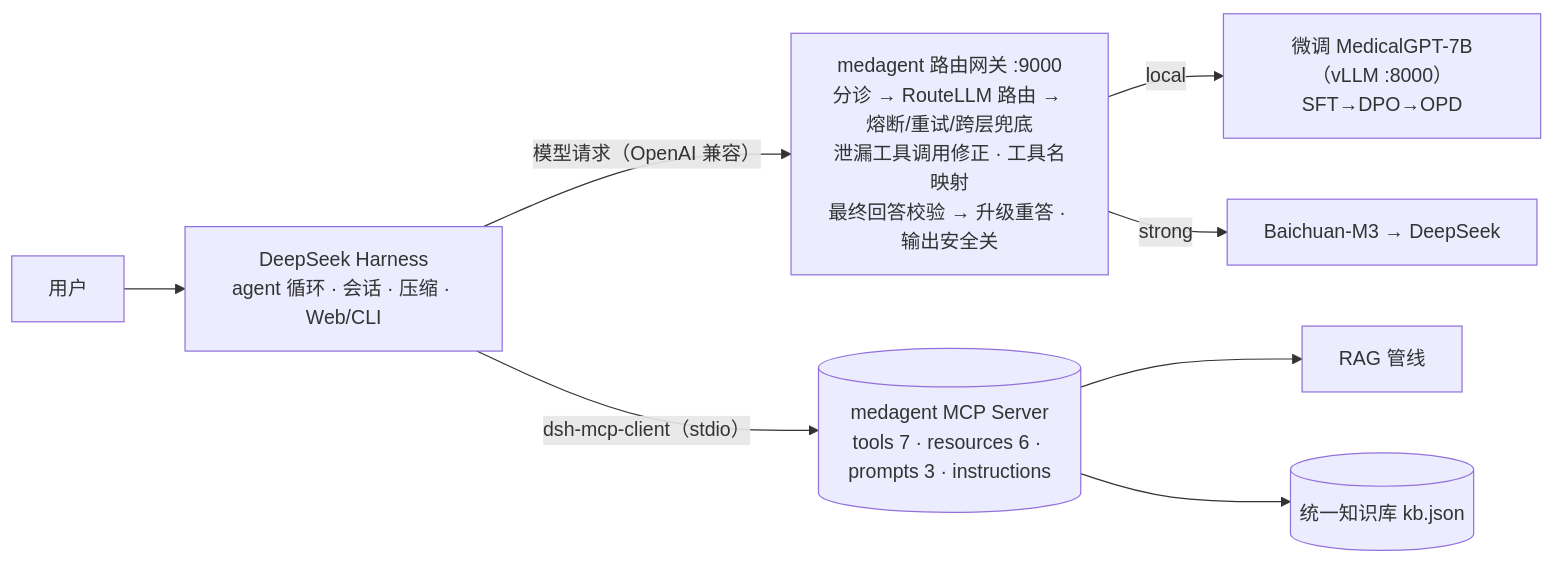
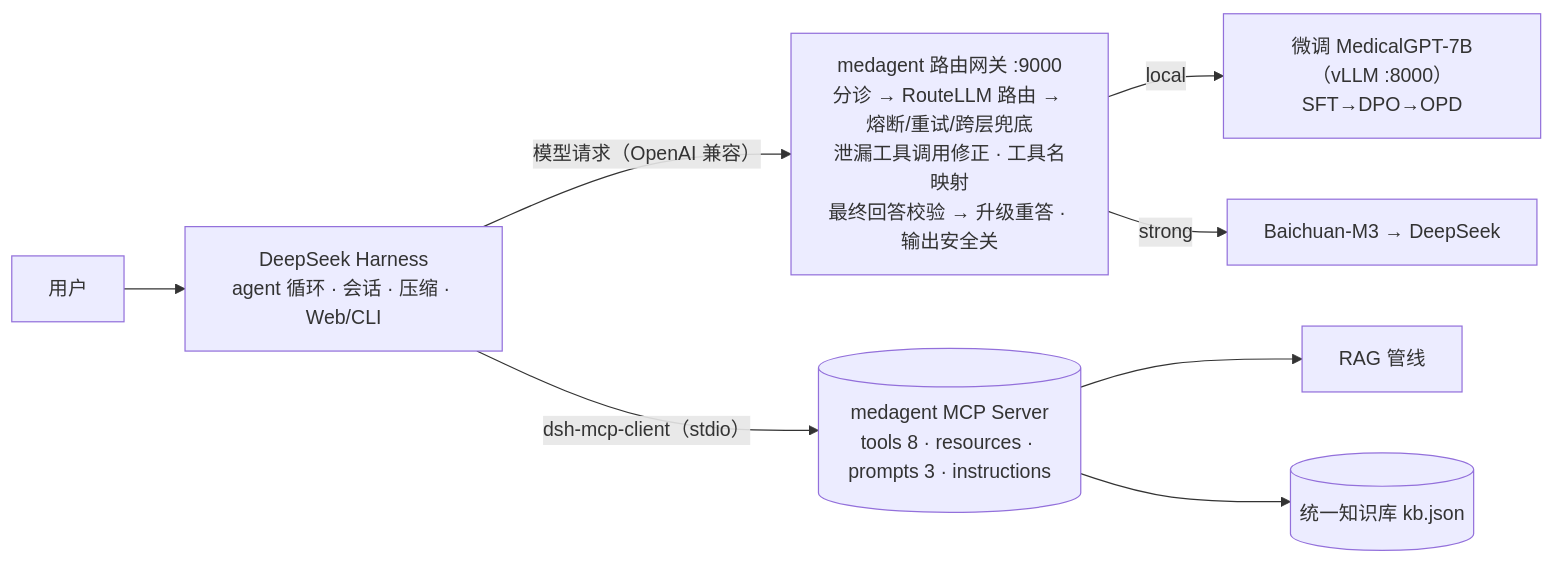
The diagram in docs/architecture_v2.md (Gaogxx/MedicalGPT_agent), drawn with Mermaid before and after one commit. The commit also changed other lines of this file and 11 other files, not shown here.

First line of the commit message:
复杂问诊作为医疗工具 MCP Server 的第 8 个工具

````diff
--- a/docs/architecture_v2.md
+++ b/docs/architecture_v2.md
@@ -7,10 +7,10 @@
 ```mermaid
 flowchart LR
     U[用户] --> DSH["DeepSeek Harness<br/>agent 循环 · 会话 · 压缩 · Web/CLI"]
     DSH -- "模型请求（OpenAI 兼容）" --> GW["medagent 路由网关 :9000<br/>分诊 → RouteLLM 路由 → 熔断/重试/跨层兜底<br/>泄漏工具调用修正 · 工具名映射<br/>最终回答校验 → 升级重答 · 输出安全关"]
     GW -- local --> L["微调 MedicalGPT-7B（vLLM :8000）<br/>SFT→DPO→OPD"]
     GW -- strong --> S["Baichuan-M3 → DeepSeek"]
-    DSH -- "dsh-mcp-client（stdio）" --> MCP[("medagent MCP Server<br/>tools 7 · resources 6 · prompts 3 · instructions")]
+    DSH -- "dsh-mcp-client（stdio）" --> MCP[("medagent MCP Server<br/>tools 8 · resources · prompts 3 · instructions")]
     MCP --> RAG["RAG 管线"]
     MCP --> KB[("统一知识库 kb.json")]
 ```
````
